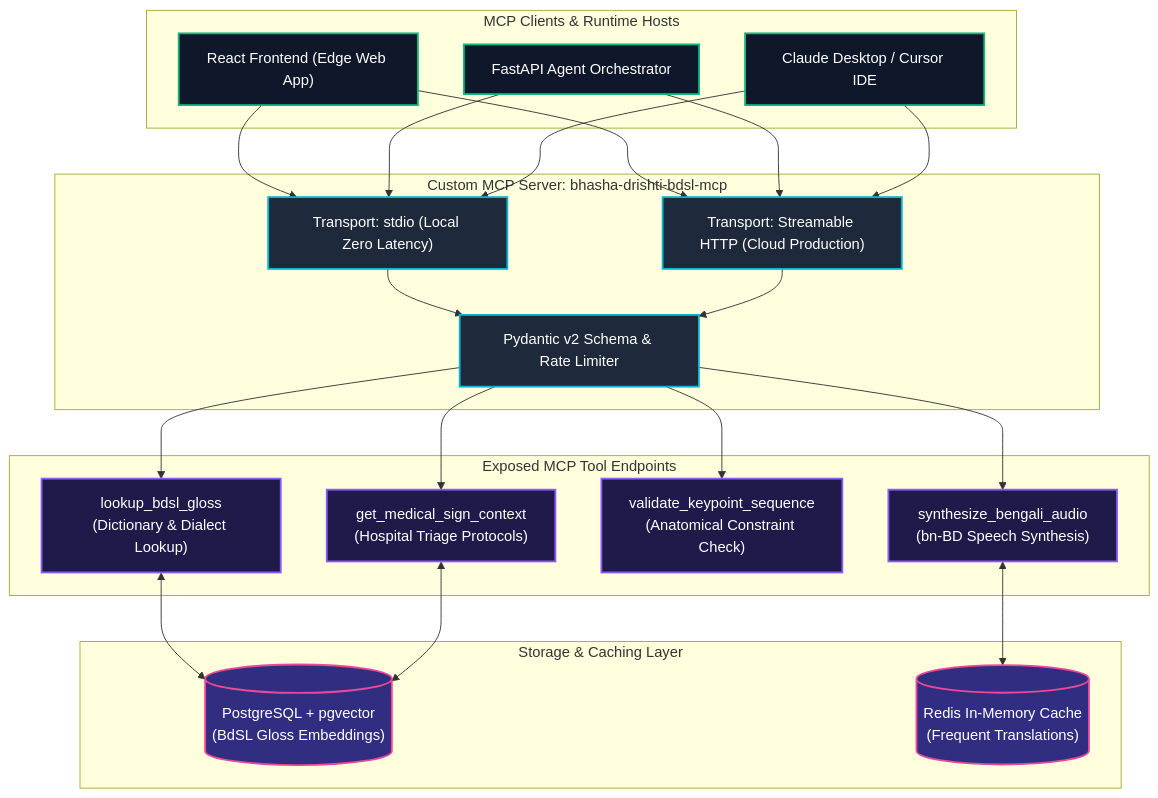
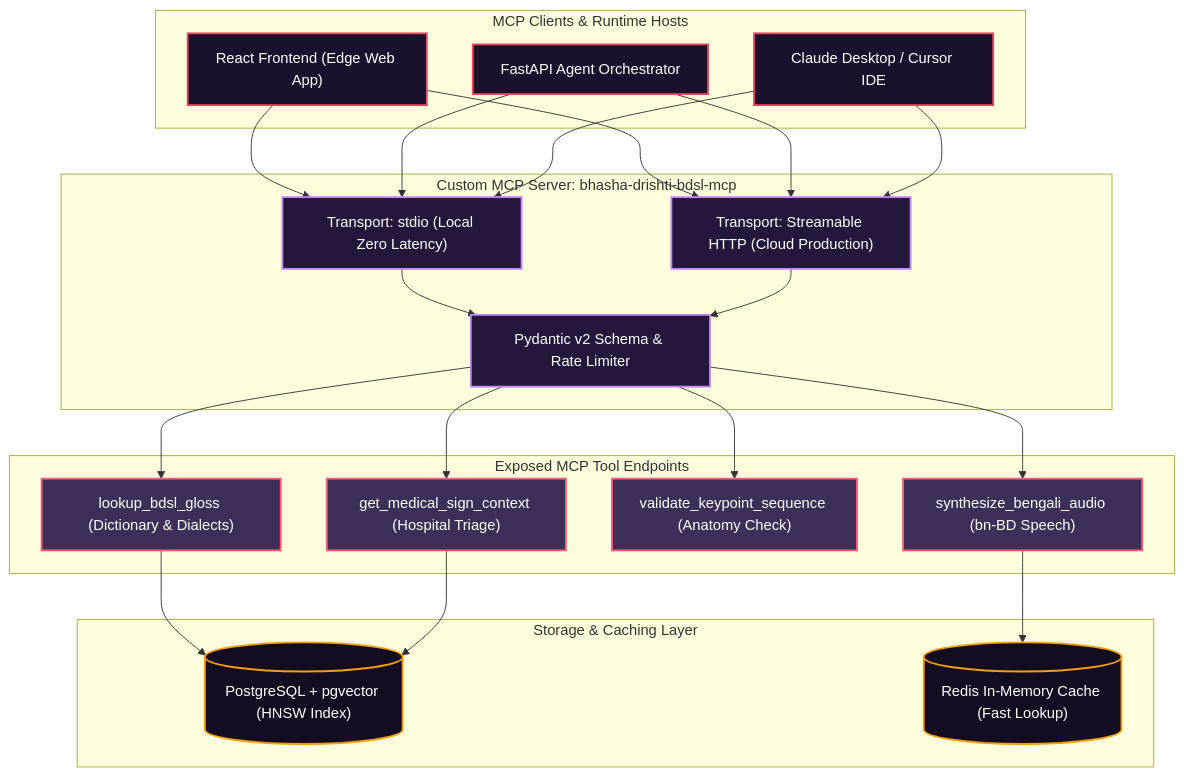
Before and after one commit to mohammademon10/Bhasha-Drishti: the third of 6 diagrams in README.md, drawn with Mermaid. The commit also changed other lines of this file and 9 other files, not shown here.

Commit message:
feat: apply Royal Aurora color palette, realistic 3D clinical avatar, declutter UI, and fix GitHub Mermaid diagrams

````diff
--- a/README.md
+++ b/README.md
@@ -131,37 +132,47 @@
 ```mermaid
 flowchart TD
-    classDef client fill:#0F172A,stroke:#10B981,stroke-width:2px,color:#FFFFFF;
-    classDef mcp fill:#1E293B,stroke:#06B6D4,stroke-width:2px,color:#FFFFFF;
-    classDef tools fill:#1E1B4B,stroke:#8B5CF6,stroke-width:2px,color:#FFFFFF;
-    classDef store fill:#312E81,stroke:#EC4899,stroke-width:2px,color:#FFFFFF;
+    classDef client fill:#1C112C,stroke:#E94560,stroke-width:2px,color:#FFFFFF;
+    classDef mcp fill:#25173B,stroke:#C084FC,stroke-width:2px,color:#FFFFFF;
+    classDef tools fill:#3E2F58,stroke:#FF5E7E,stroke-width:2px,color:#FFFFFF;
+    classDef store fill:#140C20,stroke:#F59E0B,stroke-width:2px,color:#FFFFFF;
 
     subgraph CLIENT_HOSTS["MCP Clients & Runtime Hosts"]
         C1["React Frontend (Edge Web App)"]:::client
         C2["FastAPI Agent Orchestrator"]:::client
         C3["Claude Desktop / Cursor IDE"]:::client
     end
 
     subgraph MCP_SERVER["Custom MCP Server: bhasha-drishti-bdsl-mcp"]
         T1["Transport: stdio (Local Zero Latency)"]:::mcp
         T2["Transport: Streamable HTTP (Cloud Production)"]:::mcp
         SEC["Pydantic v2 Schema & Rate Limiter"]:::mcp
     end
 
     subgraph EXPOSED_TOOLS["Exposed MCP Tool Endpoints"]
-        E1["lookup_bdsl_gloss<br/>(Dictionary & Dialect Lookup)"]:::tools
-        E2["get_medical_sign_context<br/>(Hospital Triage Protocols)"]:::tools
-        E3["validate_keypoint_sequence<br/>(Anatomical Constraint Check)"]:::tools
-        E4["synthesize_bengali_audio<br/>(bn-BD Speech Synthesis)"]:::tools
+        E1["lookup_bdsl_gloss (Dictionary & Dialects)"]:::tools
+        E2["get_medical_sign_context (Hospital Triage)"]:::tools
+        E3["validate_keypoint_sequence (Anatomy Check)"]:::tools
+        E4["synthesize_bengali_audio (bn-BD Speech)"]:::tools
     end
 
     subgraph STORAGE_LAYER["Storage & Caching Layer"]
-        S1[("PostgreSQL + pgvector<br/>(BdSL Gloss Embeddings)")]:::store
-        S2[("Redis In-Memory Cache<br/>(Frequent Translations)")]:::store
+        S1[("PostgreSQL + pgvector (HNSW Index)")]:::store
+        S2[("Redis In-Memory Cache (Fast Lookup)")]:::store
     end
 
-    C1 & C2 & C3 --> T1 & T2
-    T1 & T2 --> SEC
-    SEC --> E1 & E2 & E3 & E4
-    E1 & E2 <--> S1
-    E4 <--> S2
+    C1 --> T1
+    C1 --> T2
+    C2 --> T1
+    C2 --> T2
+    C3 --> T1
+    C3 --> T2
+    T1 --> SEC
+    T2 --> SEC
+    SEC --> E1
+    SEC --> E2
+    SEC --> E3
+    SEC --> E4
+    E1 --> S1
+    E2 --> S1
+    E4 --> S2
 ```
````
